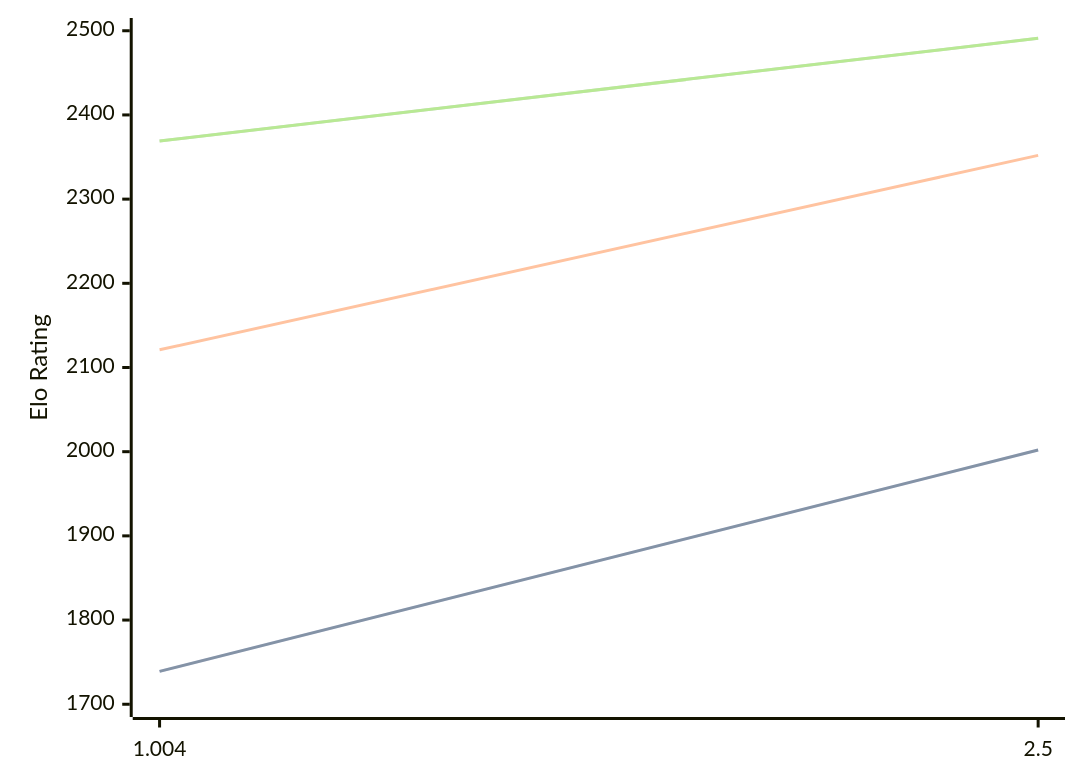
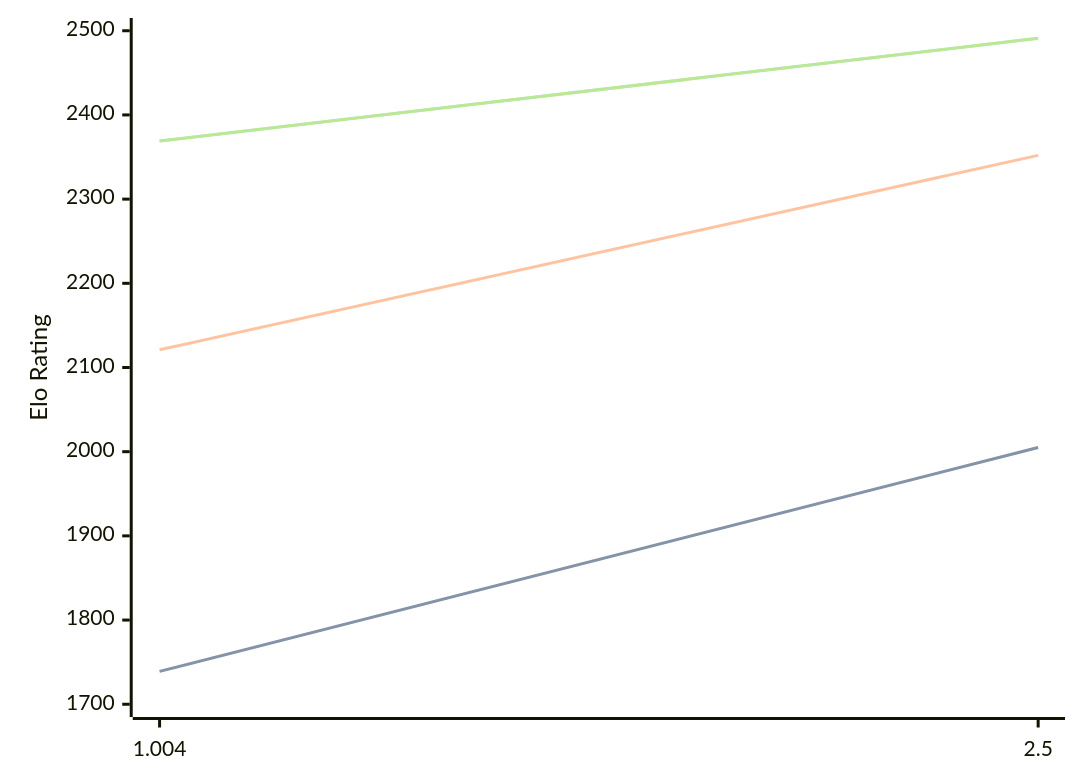
The diagram in engines/Ares.md (computer-chess-index/cci), drawn with Mermaid before and after one commit. The commit also changed other lines of this file, not shown here.

Commit message:
Update CCI Ratings (ELO VLTC) - 2026-02-21

````diff
--- a/engines/Ares.md
+++ b/engines/Ares.md
@@ -29,11 +29,11 @@
 ```mermaid
 %%{init: {"theme":"base","themeVariables":{"seriesColors:['#a3a3a3','#222221','#faa371']}}}%%
 xychart-beta
   x-axis ["1.004", "2.5"]
   y-axis "Elo Rating" 1700 --> 2500
-  line "STC (8.0+0.08s)" [1739, 2002]
-  line "STC (8.0+0.08s)" [1739, 2002]
+  line "STC (8.0+0.08s)" [1739, 2005]
+  line "STC (8.0+0.08s)" [1739, 2005]
   line "LTC (60.0+0.60s)" [2121, 2352]
   line "VLTC (2m24s+1.12s)" [2369, 2491]
   line "VLTC (2m24s+1.12s)" [2369, 2491]
 ```
````
